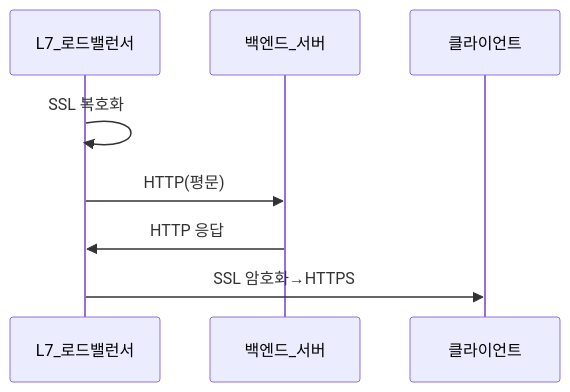
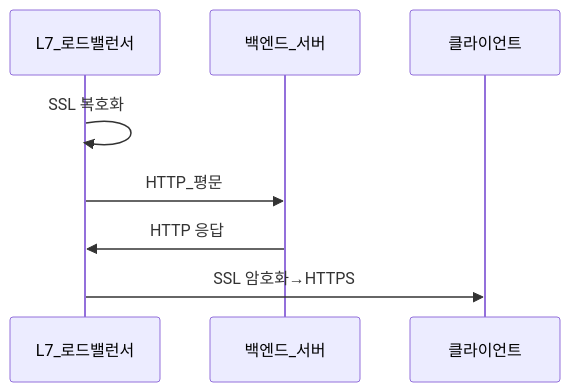
One commit to yjkim2015/yjkim2015.github.io changed the third of 8 diagrams in _posts/network/2026-05-01-load-balancer.md. Above: the diagram before and after it, drawn with Mermaid. The commit also changed 85 other files, not shown here.

First line of the commit message:
sequenceDiagram 문법 에러 2차 수정 169개 (86파일)

````diff
--- a/_posts/network/2026-05-01-load-balancer.md
+++ b/_posts/network/2026-05-01-load-balancer.md
@@ -243,7 +243,7 @@
 ```mermaid
 sequenceDiagram
     L7_로드밸런서->>L7_로드밸런서: SSL 복호화
-    L7_로드밸런서->>백엔드_서버: HTTP(평문)
+    L7_로드밸런서->>백엔드_서버: HTTP_평문
     백엔드_서버->>L7_로드밸런서: HTTP 응답
     L7_로드밸런서->>클라이언트: SSL 암호화→HTTPS
 ```
````
